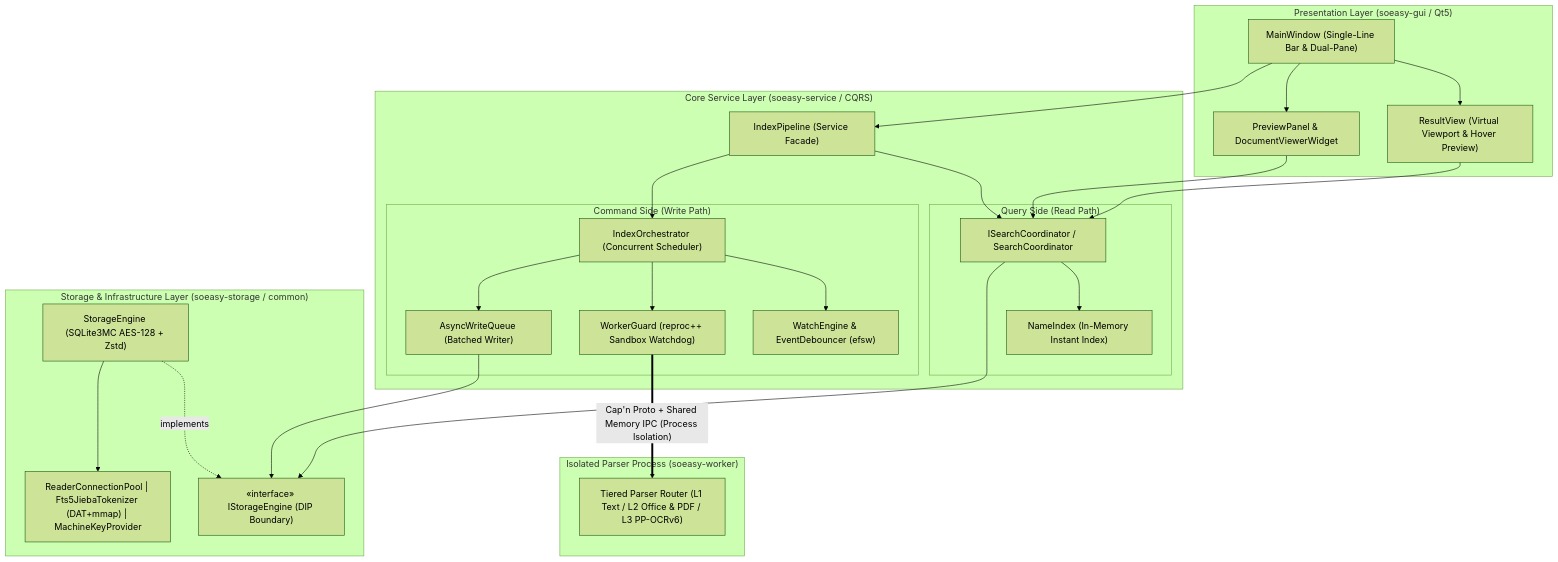
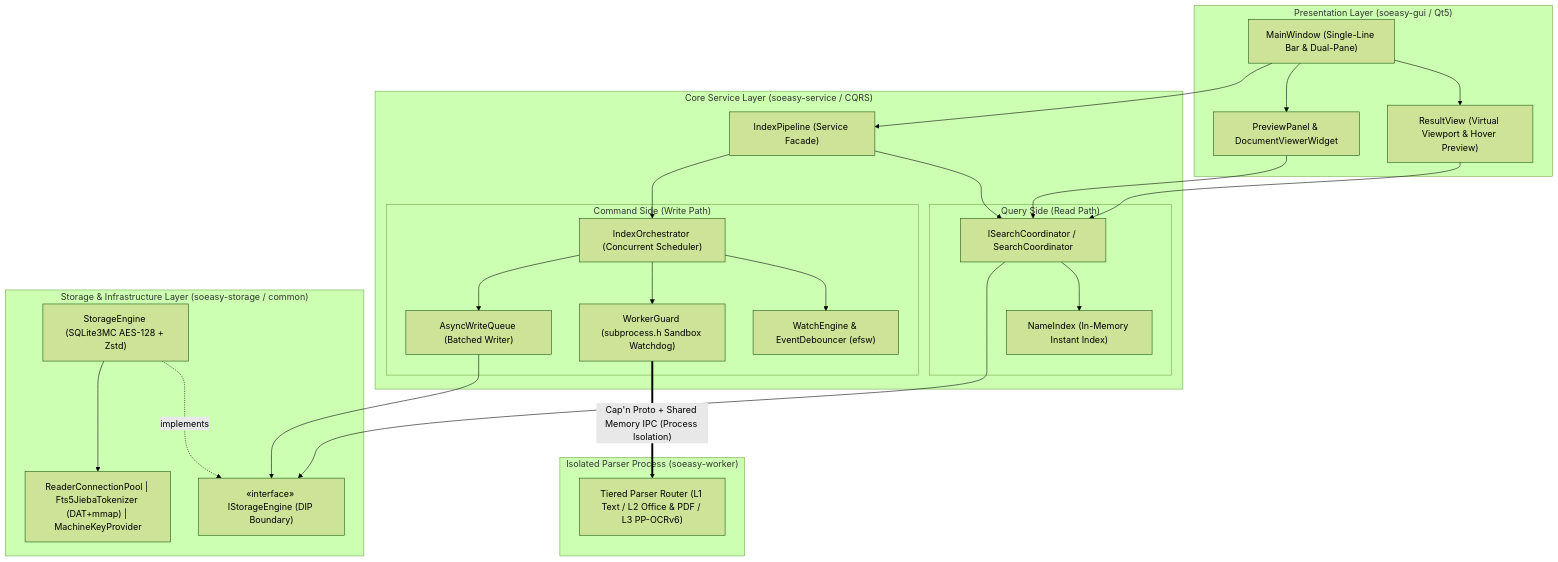
Before and after one commit to lilucpp/soeasy: the diagram in README.md, drawn with Mermaid (forest theme). The commit also changed other lines of this file and 11 other files, not shown here.

First line of the commit message:
refactor(service): replace reproc with subprocess.h and RAII lifecycle guard

````diff
--- a/README.md
+++ b/README.md
@@ -35,52 +35,52 @@
 ```mermaid
 flowchart TD
     subgraph UI ["Presentation Layer (soeasy-gui / Qt5)"]
         MainWindow["MainWindow (Single-Line Bar & Dual-Pane)"]
         ResultView["ResultView (Virtual Viewport & Hover Preview)"]
         PreviewPanel["PreviewPanel & DocumentViewerWidget"]
         MainWindow --> ResultView
         MainWindow --> PreviewPanel
     end
 
     subgraph Core ["Core Service Layer (soeasy-service / CQRS)"]
         IndexPipeline["IndexPipeline (Service Facade)"]
 
         subgraph QuerySide ["Query Side (Read Path)"]
             SearchCoord["ISearchCoordinator / SearchCoordinator"]
             NameIndex["NameIndex (In-Memory Instant Index)"]
             SearchCoord --> NameIndex
         end
 
         subgraph CommandSide ["Command Side (Write Path)"]
             Orchestrator["IndexOrchestrator (Concurrent Scheduler)"]
             WatchEngine["WatchEngine & EventDebouncer (efsw)"]
-            WorkerGuard["WorkerGuard (reproc++ Sandbox Watchdog)"]
+            WorkerGuard["WorkerGuard (subprocess.h Sandbox Watchdog)"]
             WriteQueue["AsyncWriteQueue (Batched Writer)"]
             Orchestrator --> WatchEngine
             Orchestrator --> WorkerGuard
             Orchestrator --> WriteQueue
         end
 
         IndexPipeline --> SearchCoord
         IndexPipeline --> Orchestrator
     end
 
     subgraph Sandbox ["Isolated Parser Process (soeasy-worker)"]
         ParserRouter["Tiered Parser Router (L1 Text / L2 Office & PDF / L3 PP-OCRv6)"]
     end
 
     subgraph Storage ["Storage & Infrastructure Layer (soeasy-storage / common)"]
         IStorage["«interface» IStorageEngine (DIP Boundary)"]
         StorageEngine["StorageEngine (SQLite3MC AES-128 + Zstd)"]
         Subsystems["ReaderConnectionPool | Fts5JiebaTokenizer (DAT+mmap) | MachineKeyProvider"]
         StorageEngine -.->|"implements"| IStorage
         StorageEngine --> Subsystems
     end
 
     MainWindow --> IndexPipeline
     ResultView --> SearchCoord
     PreviewPanel --> SearchCoord
     SearchCoord --> IStorage
     WriteQueue --> IStorage
     WorkerGuard ==>|"Cap'n Proto + Shared Memory IPC (Process Isolation)"| ParserRouter
 ```
````
